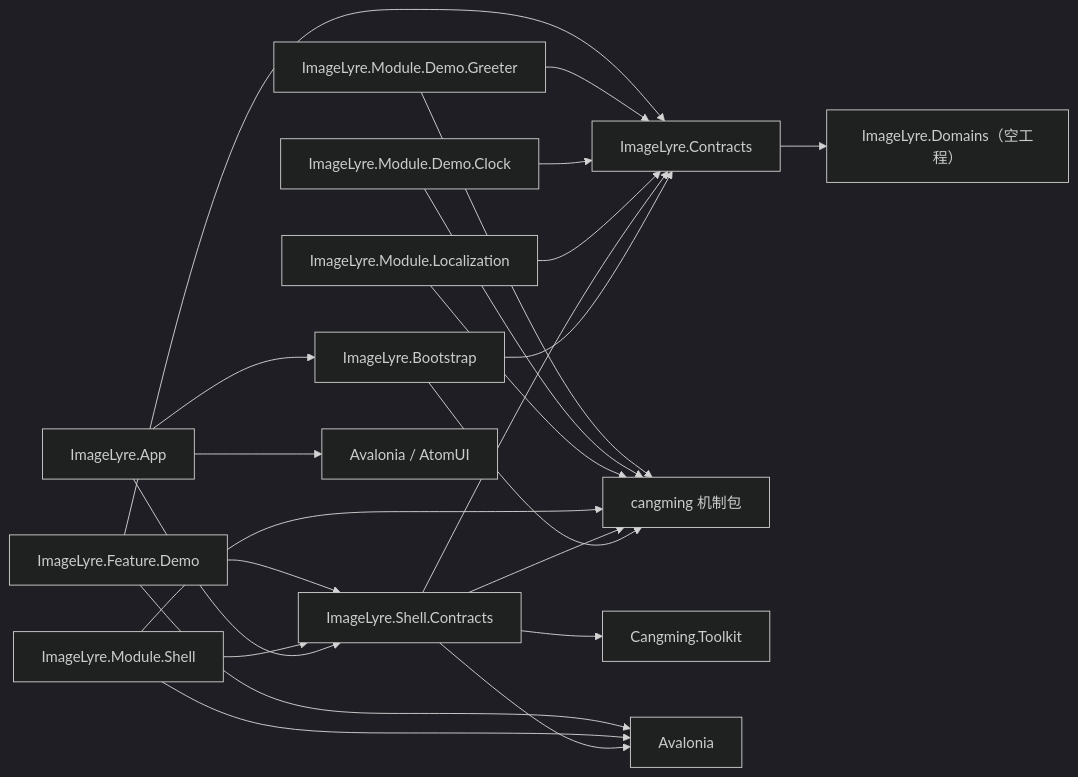
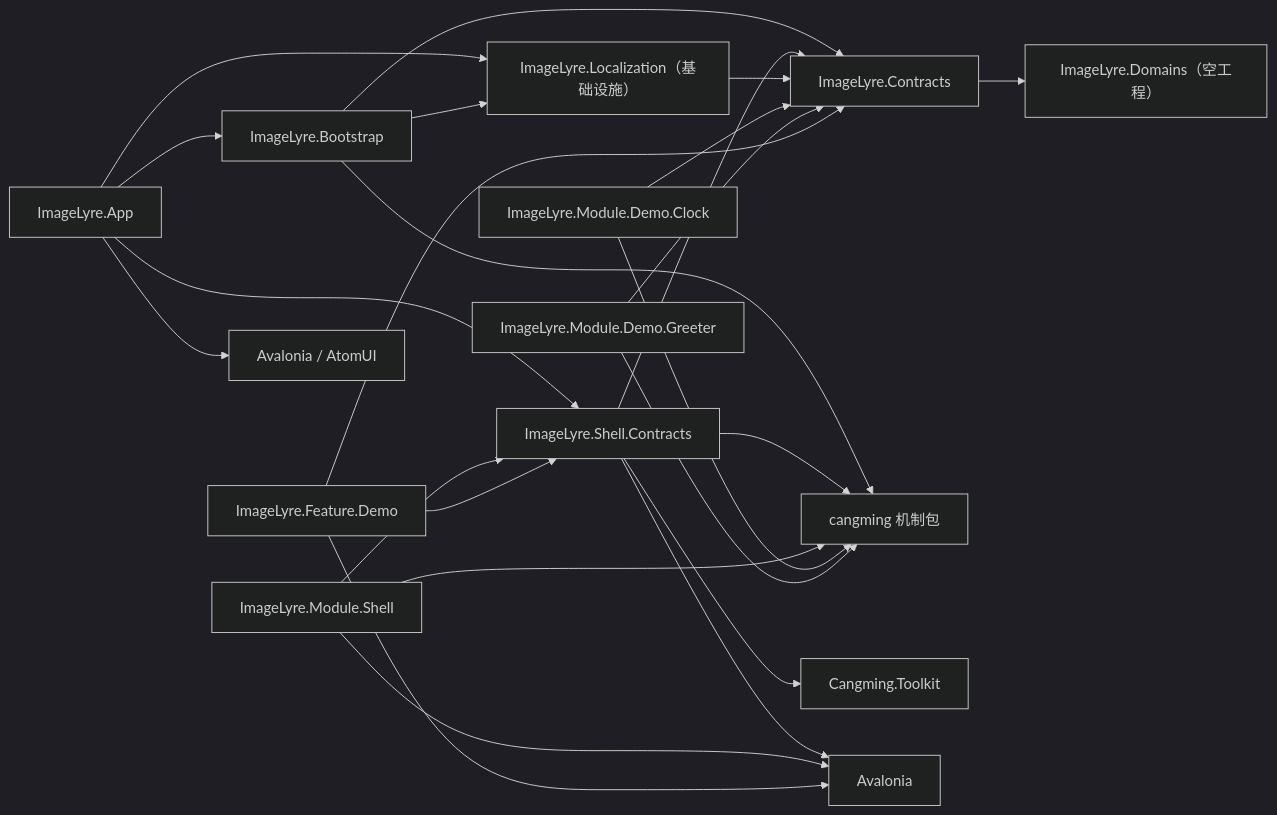
The first of 2 diagrams in docs/design/lukan/DESIGN-0001-M1-插件骨架.md (xknife-erian/ImageLyre), drawn with Mermaid (dark theme) before and after one commit. The commit also changed other lines of this file, not shown here.

````diff
--- a/docs/design/lukan/DESIGN-0001-M1-插件骨架.md
+++ b/docs/design/lukan/DESIGN-0001-M1-插件骨架.md
@@ -66,36 +67,37 @@
 ```mermaid
 flowchart LR
     BOOT["ImageLyre.Bootstrap"]
     APP["ImageLyre.App"]
     SC["ImageLyre.Shell.Contracts"]
     DC["ImageLyre.Contracts"]
     DN["ImageLyre.Domains（空工程）"]
     MS["ImageLyre.Module.Shell"]
-    ML["ImageLyre.Module.Localization"]
+    LOC["ImageLyre.Localization（基础设施）"]
     MC["ImageLyre.Module.Demo.Clock"]
     MG["ImageLyre.Module.Demo.Greeter"]
     FD["ImageLyre.Feature.Demo"]
 
     APP --> BOOT
     APP --> SC
     APP --> AV["Avalonia / AtomUI"]
     BOOT --> CM["cangming 机制包"]
     BOOT --> DC
     SC --> CM
     SC --> DC
     DC --> DN
     SC --> TK["Cangming.Toolkit"]
     SC --> AVL["Avalonia"]
     MS --> SC
     MS --> CM
     MS --> AVL
-    ML --> DC
-    ML --> CM
+    LOC --> DC
+    APP --> LOC
+    BOOT --> LOC
     MC --> DC
     MC --> CM
     MG --> DC
     MG --> CM
     FD --> SC
     FD --> DC
     FD --> AVL
 ```
````
